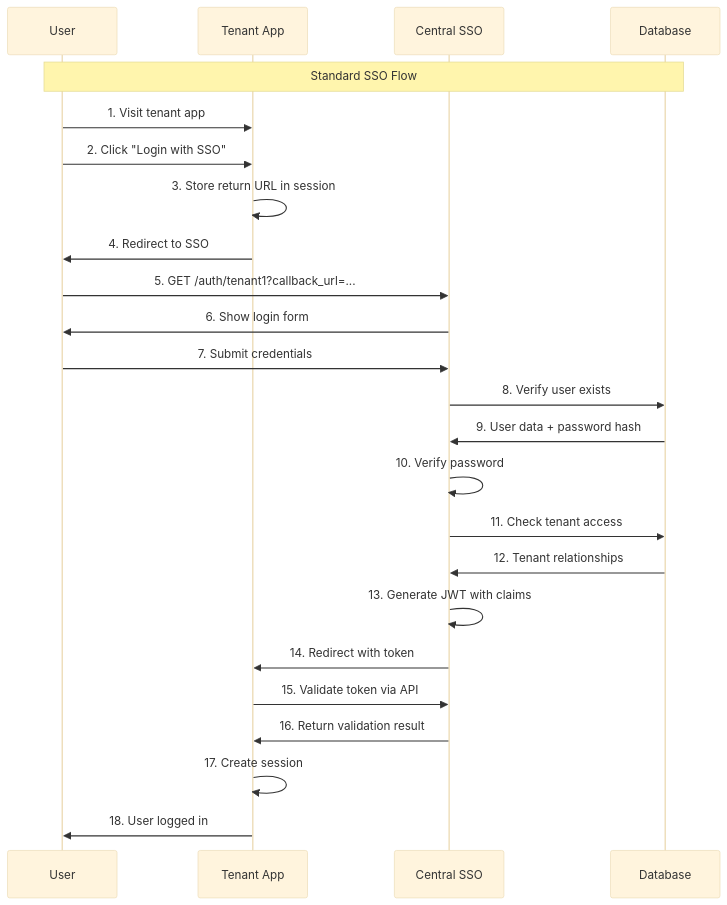
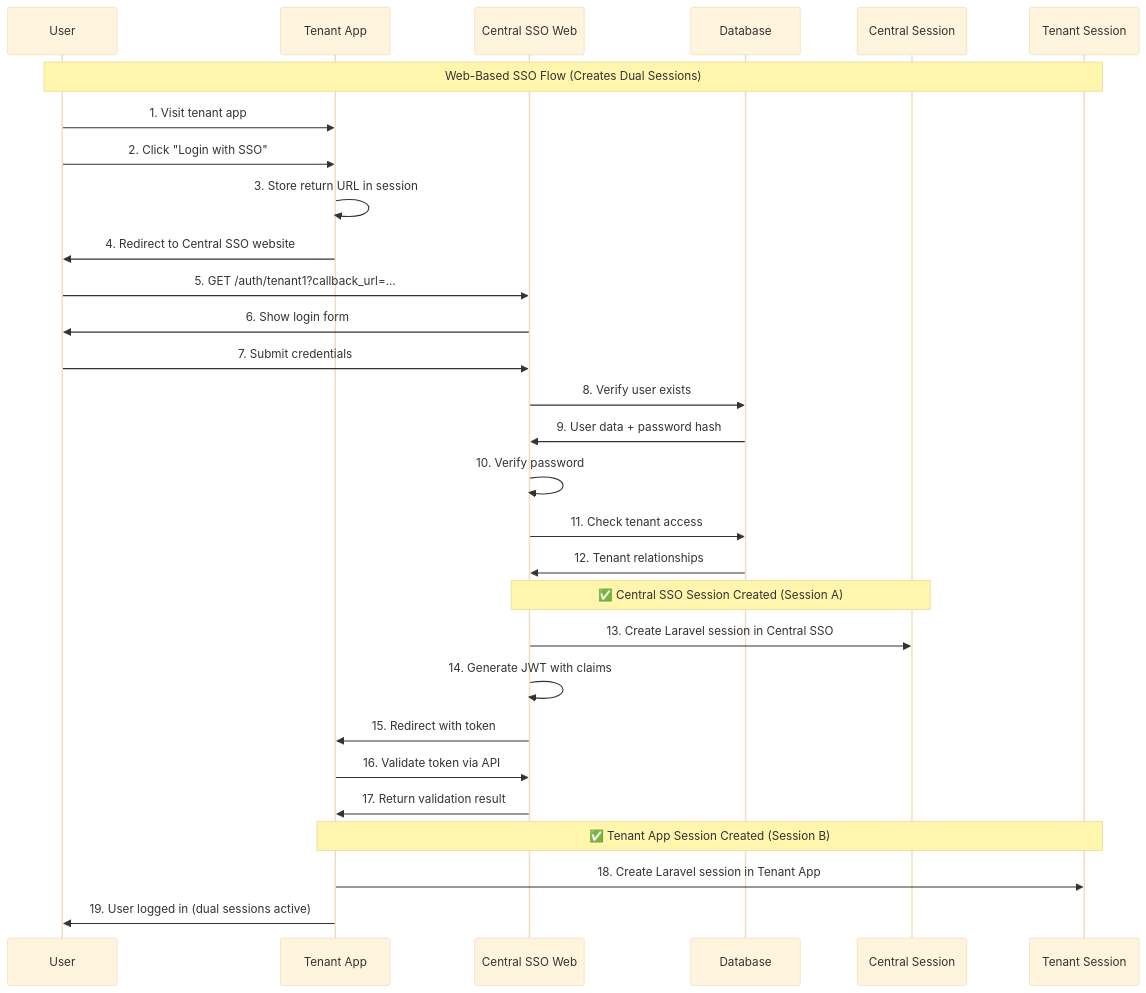
The third of 3 diagrams in docs/architecture/authentication.md (hi-dil/SSO-POC), drawn with Mermaid (base theme) before and after one commit. The commit also changed other lines of this file, not shown here.

````diff
--- a/docs/architecture/authentication.md
+++ b/docs/architecture/authentication.md
@@ -135,27 +143,34 @@
 ```mermaid
 sequenceDiagram
     participant U as User
     participant T as Tenant App
-    participant SSO as Central SSO
+    participant SSO as Central SSO Web
     participant DB as Database
+    participant CS as Central Session
+    participant TS as Tenant Session
     
-    Note over U,DB: Standard SSO Flow
+    Note over U,TS: Web-Based SSO Flow (Creates Dual Sessions)
     U->>T: 1. Visit tenant app
     U->>T: 2. Click "Login with SSO"
     T->>T: 3. Store return URL in session
-    T->>U: 4. Redirect to SSO
+    T->>U: 4. Redirect to Central SSO website
     U->>SSO: 5. GET /auth/tenant1?callback_url=...
     SSO->>U: 6. Show login form
     U->>SSO: 7. Submit credentials
     SSO->>DB: 8. Verify user exists
     DB->>SSO: 9. User data + password hash
     SSO->>SSO: 10. Verify password
     SSO->>DB: 11. Check tenant access
     DB->>SSO: 12. Tenant relationships
-    SSO->>SSO: 13. Generate JWT with claims
-    SSO->>T: 14. Redirect with token
-    T->>SSO: 15. Validate token via API
-    SSO->>T: 16. Return validation result
-    T->>T: 17. Create session
-    T->>U: 18. User logged in
+    
+    Note over SSO,CS: ✅ Central SSO Session Created (Session A)
+    SSO->>CS: 13. Create Laravel session in Central SSO
+    SSO->>SSO: 14. Generate JWT with claims
+    SSO->>T: 15. Redirect with token
+    T->>SSO: 16. Validate token via API
+    SSO->>T: 17. Return validation result
+    
+    Note over T,TS: ✅ Tenant App Session Created (Session B)
+    T->>TS: 18. Create Laravel session in Tenant App
+    T->>U: 19. User logged in (dual sessions active)
 ```
````
